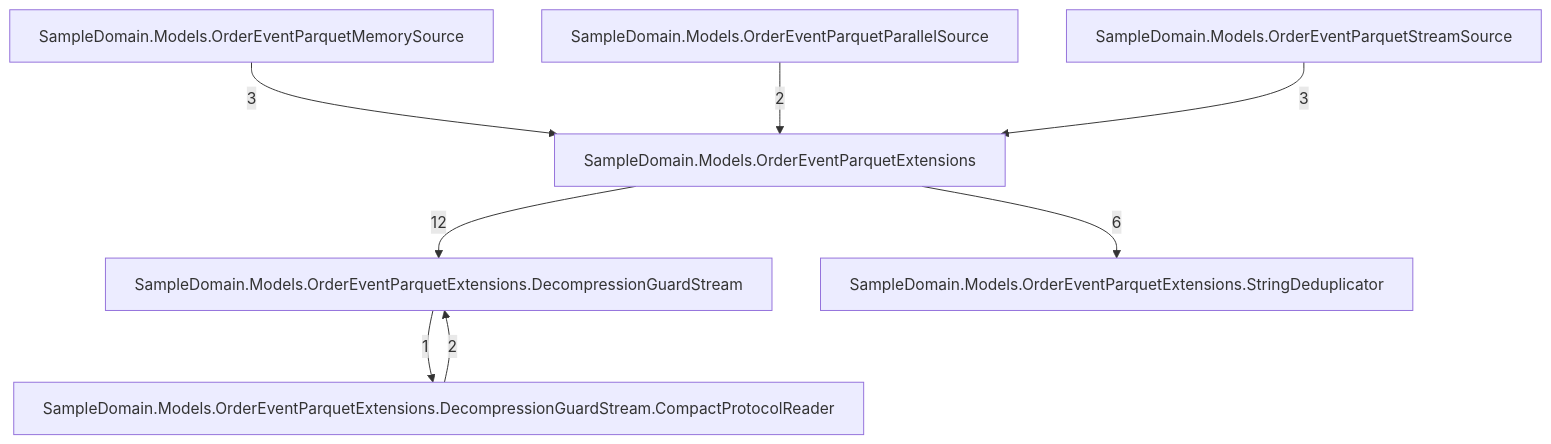
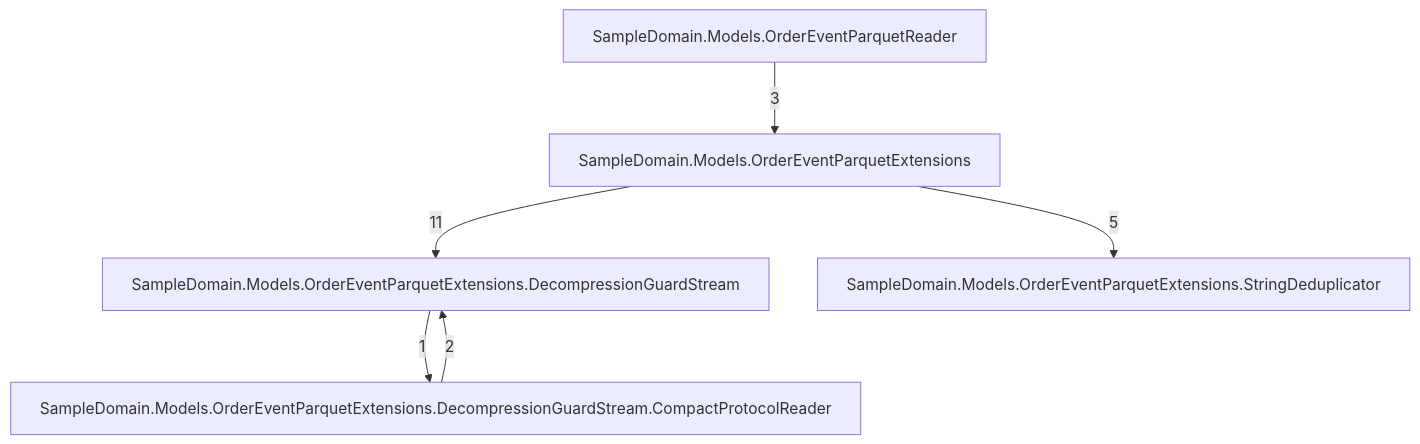
The fourth of 7 diagrams in docs/callgraph-generated.md (rtkelly13/Parquet.SourceGenerator), drawn with Mermaid before and after one commit. The commit also changed other lines of this file and 103 other files, not shown here.

````diff
--- a/docs/callgraph-generated.md
+++ b/docs/callgraph-generated.md
@@ -60,17 +52,13 @@
 ```mermaid
 graph TD
     tsampledomainmodelsordereventparquetextensions_047["SampleDomain.Models.OrderEventParquetExtensions"]
     tsampledomainmodelsordereventparquetextensionsdecompressionguardstream_072["SampleDomain.Models.OrderEventParquetExtensions.DecompressionGuardStream"]
     tsampledomainmodelsordereventparquetextensionsdecompressionguardstreamcompactprotocolreader_094["SampleDomain.Models.OrderEventParquetExtensions.DecompressionGuardStream.CompactProtocolReader"]
     tsampledomainmodelsordereventparquetextensionsstringdeduplicator_066["SampleDomain.Models.OrderEventParquetExtensions.StringDeduplicator"]
-    tsampledomainmodelsordereventparquetmemorysource_049["SampleDomain.Models.OrderEventParquetMemorySource"]
-    tsampledomainmodelsordereventparquetparallelsource_051["SampleDomain.Models.OrderEventParquetParallelSource"]
-    tsampledomainmodelsordereventparquetstreamsource_049["SampleDomain.Models.OrderEventParquetStreamSource"]
+    tsampledomainmodelsordereventparquetreader_043["SampleDomain.Models.OrderEventParquetReader"]
     tsampledomainmodelsordereventparquetextensionsdecompressionguardstreamcompactprotocolreader_094 -->|2| tsampledomainmodelsordereventparquetextensionsdecompressionguardstream_072
     tsampledomainmodelsordereventparquetextensionsdecompressionguardstream_072 -->|1| tsampledomainmodelsordereventparquetextensionsdecompressionguardstreamcompactprotocolreader_094
-    tsampledomainmodelsordereventparquetextensions_047 -->|12| tsampledomainmodelsordereventparquetextensionsdecompressionguardstream_072
-    tsampledomainmodelsordereventparquetextensions_047 -->|6| tsampledomainmodelsordereventparquetextensionsstringdeduplicator_066
-    tsampledomainmodelsordereventparquetmemorysource_049 -->|3| tsampledomainmodelsordereventparquetextensions_047
-    tsampledomainmodelsordereventparquetparallelsource_051 -->|2| tsampledomainmodelsordereventparquetextensions_047
-    tsampledomainmodelsordereventparquetstreamsource_049 -->|3| tsampledomainmodelsordereventparquetextensions_047
+    tsampledomainmodelsordereventparquetextensions_047 -->|11| tsampledomainmodelsordereventparquetextensionsdecompressionguardstream_072
+    tsampledomainmodelsordereventparquetextensions_047 -->|5| tsampledomainmodelsordereventparquetextensionsstringdeduplicator_066
+    tsampledomainmodelsordereventparquetreader_043 -->|3| tsampledomainmodelsordereventparquetextensions_047
 ```
````
